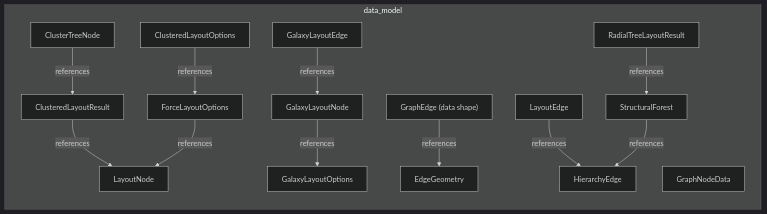
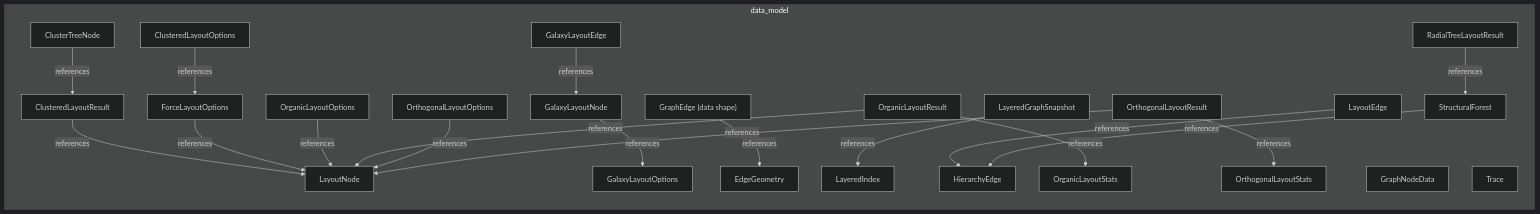
The first of 2 diagrams in documentation-robotics/reports/08-data-model-layer-report.md (tinkermonkey/heimdall), drawn with Mermaid (dark theme) before and after one commit. The commit also changed other lines of this file and 41 other files, not shown here.

````diff
--- a/documentation-robotics/reports/08-data-model-layer-report.md
+++ b/documentation-robotics/reports/08-data-model-layer-report.md
@@ -31,30 +32,46 @@
 ```mermaid
 flowchart LR
   subgraph data_model
     data_model_schemadefinition_cluster_tree_node["ClusterTreeNode"]
     data_model_schemadefinition_clustered_layout_options["ClusteredLayoutOptions"]
     data_model_schemadefinition_clustered_layout_result["ClusteredLayoutResult"]
     data_model_schemadefinition_edge_geometry["EdgeGeometry"]
     data_model_schemadefinition_force_layout_options["ForceLayoutOptions"]
     data_model_schemadefinition_galaxy_layout_edge["GalaxyLayoutEdge"]
     data_model_schemadefinition_galaxy_layout_node["GalaxyLayoutNode"]
     data_model_schemadefinition_galaxy_layout_options["GalaxyLayoutOptions"]
     data_model_schemadefinition_graph_edge_data_shape["GraphEdge (data shape)"]
     data_model_schemadefinition_graph_node_data["GraphNodeData"]
     data_model_schemadefinition_hierarchy_edge["HierarchyEdge"]
+    data_model_schemadefinition_layered_graph_snapshot["LayeredGraphSnapshot"]
+    data_model_schemadefinition_layered_index["LayeredIndex"]
     data_model_schemadefinition_layout_edge["LayoutEdge"]
     data_model_schemadefinition_layout_node["LayoutNode"]
+    data_model_schemadefinition_organic_layout_options["OrganicLayoutOptions"]
+    data_model_schemadefinition_organic_layout_result["OrganicLayoutResult"]
+    data_model_schemadefinition_organic_layout_stats["OrganicLayoutStats"]
+    data_model_schemadefinition_orthogonal_layout_options["OrthogonalLayoutOptions"]
+    data_model_schemadefinition_orthogonal_layout_result["OrthogonalLayoutResult"]
+    data_model_schemadefinition_orthogonal_layout_stats["OrthogonalLayoutStats"]
     data_model_schemadefinition_radial_tree_layout_result["RadialTreeLayoutResult"]
     data_model_schemadefinition_structural_forest["StructuralForest"]
+    data_model_schemadefinition_trace["Trace"]
     data_model_schemadefinition_cluster_tree_node -->|references| data_model_schemadefinition_clustered_layout_result
     data_model_schemadefinition_clustered_layout_options -->|references| data_model_schemadefinition_force_layout_options
     data_model_schemadefinition_clustered_layout_result -->|references| data_model_schemadefinition_layout_node
     data_model_schemadefinition_force_layout_options -->|references| data_model_schemadefinition_layout_node
     data_model_schemadefinition_galaxy_layout_edge -->|references| data_model_schemadefinition_galaxy_layout_node
     data_model_schemadefinition_galaxy_layout_node -->|references| data_model_schemadefinition_galaxy_layout_options
     data_model_schemadefinition_graph_edge_data_shape -->|references| data_model_schemadefinition_edge_geometry
+    data_model_schemadefinition_layered_graph_snapshot -->|references| data_model_schemadefinition_layered_index
     data_model_schemadefinition_layout_edge -->|references| data_model_schemadefinition_hierarchy_edge
+    data_model_schemadefinition_organic_layout_options -->|references| data_model_schemadefinition_layout_node
+    data_model_schemadefinition_organic_layout_result -->|references| data_model_schemadefinition_layout_node
+    data_model_schemadefinition_organic_layout_result -->|references| data_model_schemadefinition_organic_layout_stats
+    data_model_schemadefinition_orthogonal_layout_options -->|references| data_model_schemadefinition_layout_node
+    data_model_schemadefinition_orthogonal_layout_result -->|references| data_model_schemadefinition_layout_node
+    data_model_schemadefinition_orthogonal_layout_result -->|references| data_model_schemadefinition_orthogonal_layout_stats
     data_model_schemadefinition_radial_tree_layout_result -->|references| data_model_schemadefinition_structural_forest
     data_model_schemadefinition_structural_forest -->|references| data_model_schemadefinition_hierarchy_edge
   end
 ```
````
